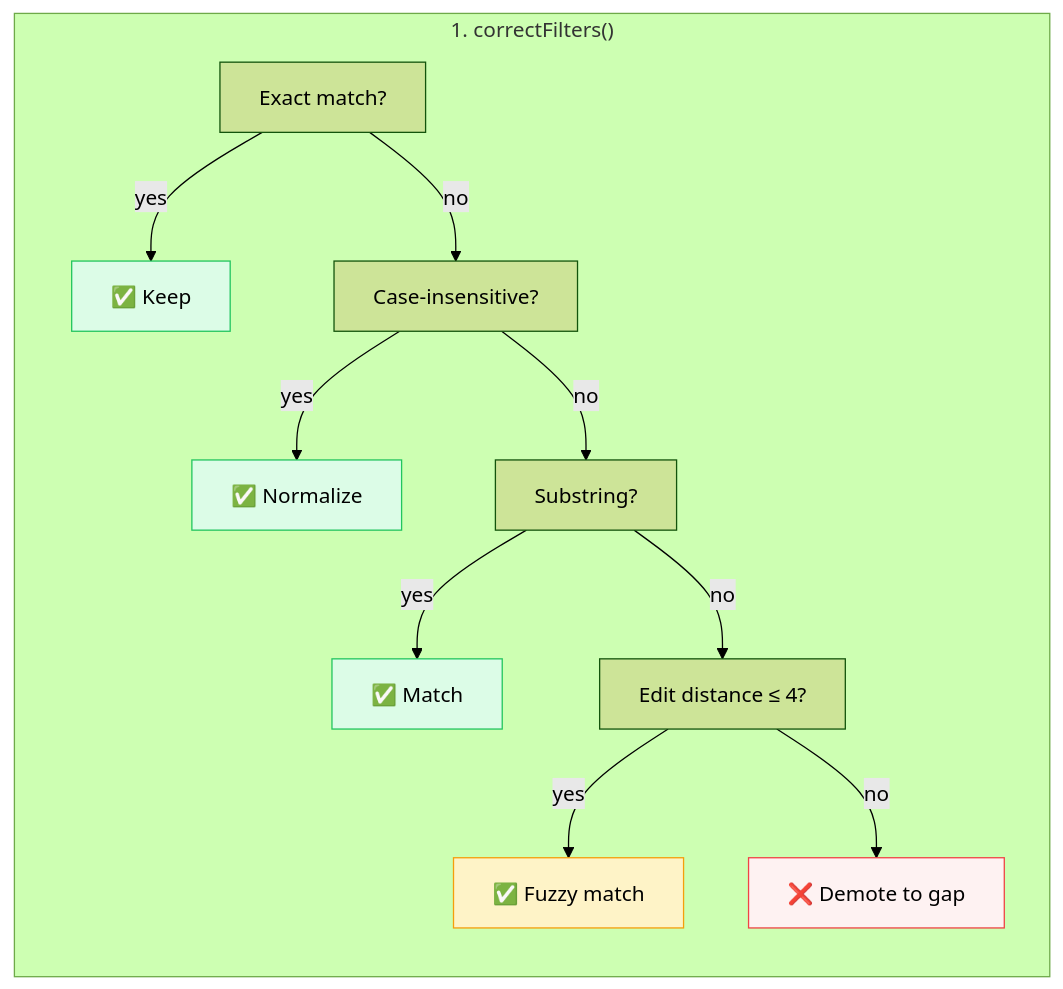
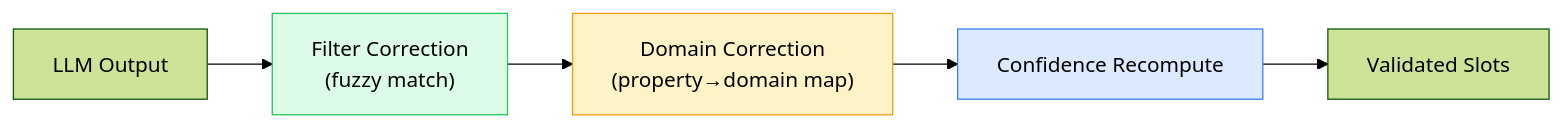
One commit to ASCS-eV/ontology-based-nl-search changed the third of 3 diagrams in apps/docs/agent.md. Above: the diagram before and after it, drawn with Mermaid (forest theme). The commit also changed other lines of this file and 9 other files, not shown here.

First line of the commit message:
docs: rework architecture docs for ontology-agnostic design

````diff
--- a/apps/docs/agent.md
+++ b/apps/docs/agent.md
@@ -99,19 +73,11 @@
 ```mermaid
 graph LR
-    subgraph "1. correctFilters()"
-        CF1["Exact match?"] -->|yes| CF2["✅ Keep"]
-        CF1 -->|no| CF3["Case-insensitive?"]
-        CF3 -->|yes| CF4["✅ Normalize"]
-        CF3 -->|no| CF5["Substring?"]
-        CF5 -->|yes| CF6["✅ Match"]
-        CF5 -->|no| CF7["Edit distance ≤ 4?"]
-        CF7 -->|yes| CF8["✅ Fuzzy match"]
-        CF7 -->|no| CF9["❌ Demote to gap"]
-    end
+    RAW["LLM Output"] --> FC["Filter Correction<br/>(fuzzy match)"]
+    FC --> DC["Domain Correction<br/>(property→domain map)"]
+    DC --> CC["Confidence Recompute"]
+    CC --> OUT["Validated Slots"]
 
-    style CF2 fill:#dcfce7,stroke:#22c55e
-    style CF4 fill:#dcfce7,stroke:#22c55e
-    style CF6 fill:#dcfce7,stroke:#22c55e
-    style CF8 fill:#fef3c7,stroke:#f59e0b
-    style CF9 fill:#fef2f2,stroke:#ef4444
+    style FC fill:#dcfce7,stroke:#22c55e
+    style DC fill:#fef3c7,stroke:#f59e0b
+    style CC fill:#dbeafe,stroke:#3b82f6
 ```
````
